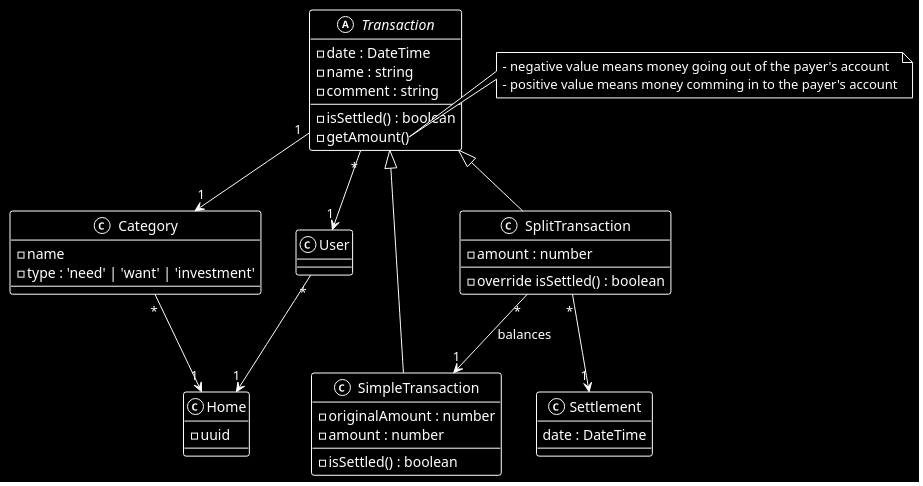
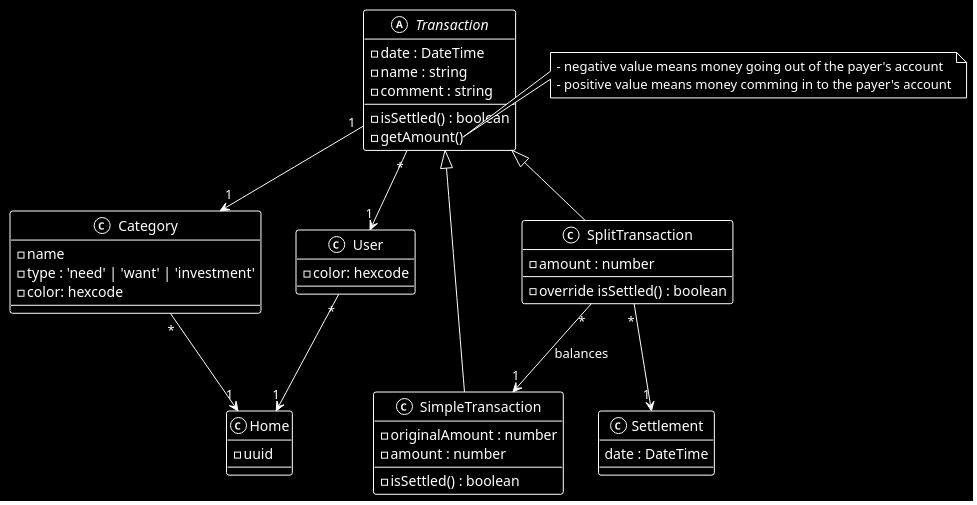
Before and after one commit to GabSabbath/sharebill: the diagram in doc/diagrams/model.puml, drawn with PlantUML. The commit also changed 3 other files, not shown here.

```diff
--- a/doc/diagrams/model.puml
+++ b/doc/diagrams/model.puml
@@ -1,51 +1,54 @@
 @startuml
 !theme mono
 skinparam monochrome reverse
 
 class Category {
     - name 
     - type : 'need' | 'want' | 'investment'
+    - color: hexcode
 }
 
 class Home {
     - uuid
 }
 
-class User 
+class User {
+    - color: hexcode
+}
 
 abstract class Transaction {
     - isSettled() : boolean
     - date : DateTime
     - name : string
     - comment : string
     - getAmount()
 }
 
 note right of Transaction::getAmount {
     - negative value means money going out of the payer's account
     - positive value means money comming in to the payer's account
 }
 
 class SimpleTransaction extends Transaction {
     - isSettled() : boolean 
     - originalAmount : number
     - amount : number
 }
 
 class SplitTransaction extends Transaction { 
     - override isSettled() : boolean 
     - amount : number
 }
 
 class Settlement {
     date : DateTime
 }
 
 Transaction "*" --> "1" User
 Transaction "1" --> "1" Category
 User "*" --> "1" Home
 Category "*" --> "1" Home
 SplitTransaction "*" --> "1" SimpleTransaction : balances
 SplitTransaction "*" --> "1" Settlement
 
 @enduml
```
